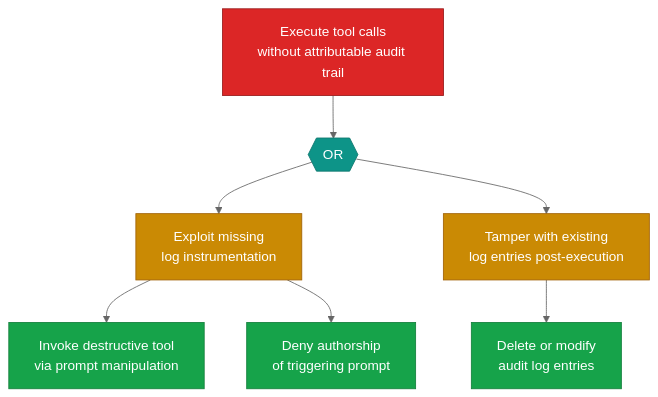
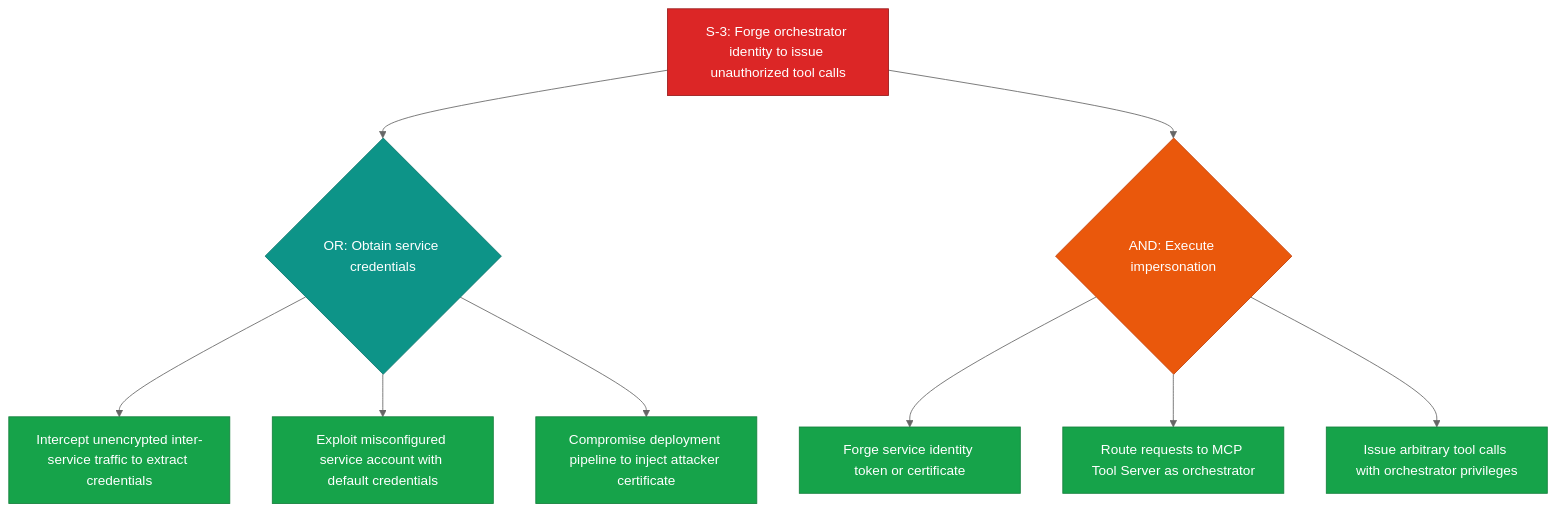
One commit to q-qp-p/davidmatousek-tachi changed the first of 7 diagrams in examples/agentic-app/test-output/2026-03-25T12-53-57/threat-report.md. Above: the diagram before and after it, drawn with Mermaid (neutral theme). The commit also changed other lines of this file and 42 other files, not shown here.

````diff
--- a/examples/agentic-app/test-output/2026-03-25T12-53-57/threat-report.md
+++ b/examples/agentic-app/test-output/2026-03-25T12-53-57/threat-report.md
@@ -321,24 +246,30 @@
 ```mermaid
 flowchart TD
-    R3_root["Execute tool calls\nwithout attributable audit trail"]
-    R3_or1{{"OR"}}
-    R3_sub1["Exploit missing\nlog instrumentation"]
-    R3_sub2["Tamper with existing\nlog entries post-execution"]
-    R3_leaf1["Invoke destructive tool\nvia prompt manipulation"]
-    R3_leaf2["Deny authorship\nof triggering prompt"]
-    R3_leaf3["Delete or modify\naudit log entries"]
-    R3_root --> R3_or1
-    R3_or1 --> R3_sub1
-    R3_or1 --> R3_sub2
-    R3_sub1 --> R3_leaf1
-    R3_sub1 --> R3_leaf2
-    R3_sub2 --> R3_leaf3
-    classDef goal fill:#DC2626,stroke:#991B1B,color:#FFFFFF
-    classDef orGate fill:#0D9488,stroke:#0F766E,color:#FFFFFF
-    classDef leaf fill:#16A34A,stroke:#15803D,color:#FFFFFF
-    classDef sub fill:#CA8A04,stroke:#A16207,color:#FFFFFF
-    class R3_root goal
-    class R3_or1 orGate
-    class R3_sub1,R3_sub2 sub
-    class R3_leaf1,R3_leaf2,R3_leaf3 leaf
+    S3_root["S-3: Forge orchestrator identity to issue unauthorized tool calls"]
+    S3_or1{"OR: Obtain service credentials"}
+    S3_leaf1["Intercept unencrypted inter-service traffic to extract credentials"]
+    S3_leaf2["Exploit misconfigured service account with default credentials"]
+    S3_leaf3["Compromise deployment pipeline to inject attacker certificate"]
+    S3_and1{"AND: Execute impersonation"}
+    S3_leaf4["Forge service identity token or certificate"]
+    S3_leaf5["Route requests to MCP Tool Server as orchestrator"]
+    S3_leaf6["Issue arbitrary tool calls with orchestrator privileges"]
+
+    S3_root --> S3_or1
+    S3_root --> S3_and1
+    S3_or1 --> S3_leaf1
+    S3_or1 --> S3_leaf2
+    S3_or1 --> S3_leaf3
+    S3_and1 --> S3_leaf4
+    S3_and1 --> S3_leaf5
+    S3_and1 --> S3_leaf6
+
+    classDef goal fill:#DC2626,color:#fff,stroke:#991B1B
+    classDef andGate fill:#EA580C,color:#fff,stroke:#C2410C
+    classDef orGate fill:#0D9488,color:#fff,stroke:#0F766E
+    classDef leaf fill:#16A34A,color:#fff,stroke:#15803D
+    class S3_root goal
+    class S3_and1 andGate
+    class S3_or1 orGate
+    class S3_leaf1,S3_leaf2,S3_leaf3,S3_leaf4,S3_leaf5,S3_leaf6 leaf
 ```
````
